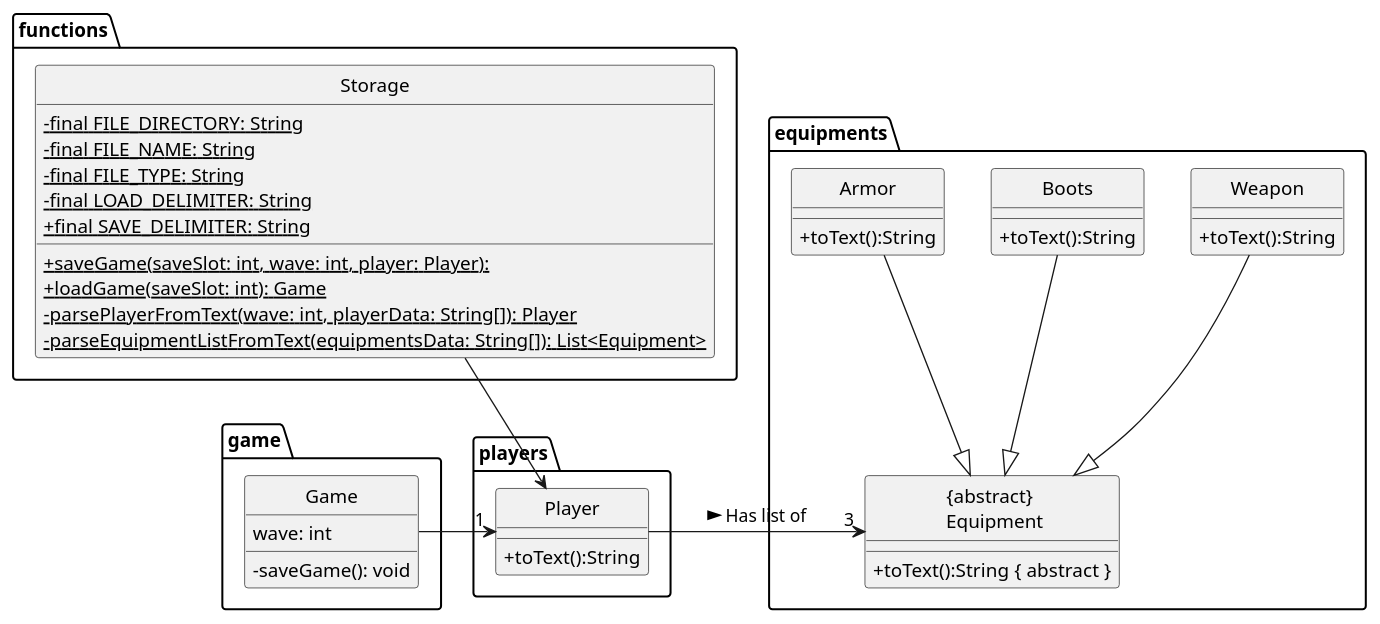
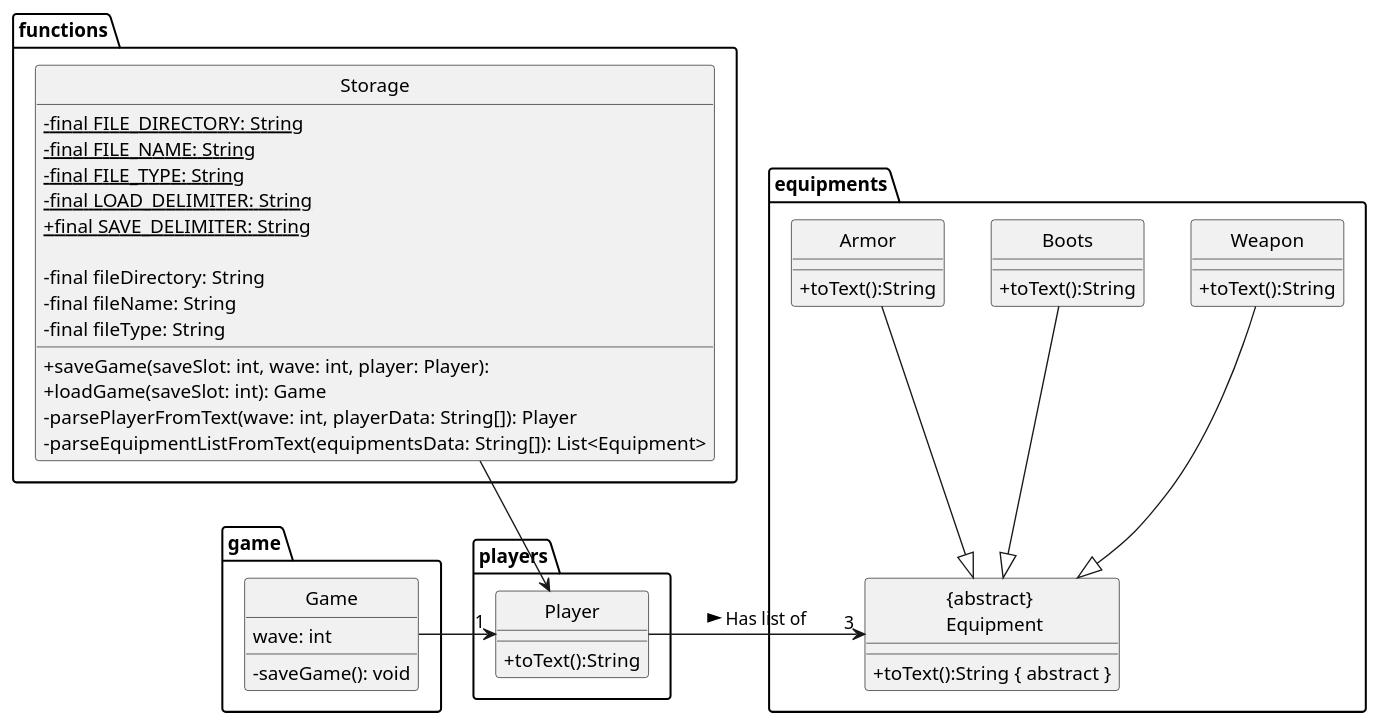
One commit to TiangSoonYong/tp changed the diagram in docs/diagrams/StorageClass.puml. Above: the diagram before and after it, drawn with PlantUML. The commit also changed 13 other files, not shown here.

```diff
--- a/docs/diagrams/StorageClass.puml
+++ b/docs/diagrams/StorageClass.puml
@@ -1,55 +1,59 @@
 @startuml
 hide circle
 skinparam classAttributeIconSize 0
 
 package functions {
     class Storage {
         -{static} final FILE_DIRECTORY: String
         -{static} final FILE_NAME: String
         -{static} final FILE_TYPE: String
         -{static} final LOAD_DELIMITER: String
         +{static} final SAVE_DELIMITER: String
 
-        +{static}saveGame(saveSlot: int, wave: int, player: Player):
-        +{static}loadGame(saveSlot: int): Game
-        -{static}parsePlayerFromText(wave: int, playerData: String[]): Player
-        -{static}parseEquipmentListFromText(equipmentsData: String[]): List<Equipment>
+        - final fileDirectory: String
+        - final fileName: String
+        - final fileType: String
+
+        +saveGame(saveSlot: int, wave: int, player: Player):
+        +loadGame(saveSlot: int): Game
+        -parsePlayerFromText(wave: int, playerData: String[]): Player
+        -parseEquipmentListFromText(equipmentsData: String[]): List<Equipment>
     }
 }
 package players {
     class Player {
         +toText():String
     }
 }
 package equipments {
     class "{abstract} \n Equipment" {
         +toText():String { abstract }
     }
     class Weapon {
         +toText():String
     }
     class Boots {
         +toText():String
     }
     class Armor {
         +toText():String
     }
 }
 
 package game {
     class Game {
         wave: int
         -saveGame(): void
     }
 }
 
 Game ->"1" Player
 Player ->"3" "{abstract} \n Equipment" : Has list of >
 
 Weapon --|> "{abstract} \n Equipment"
 Boots --|> "{abstract} \n Equipment"
 Armor --|> "{abstract} \n Equipment"
 
 Storage --> Player
 
 @enduml
```
